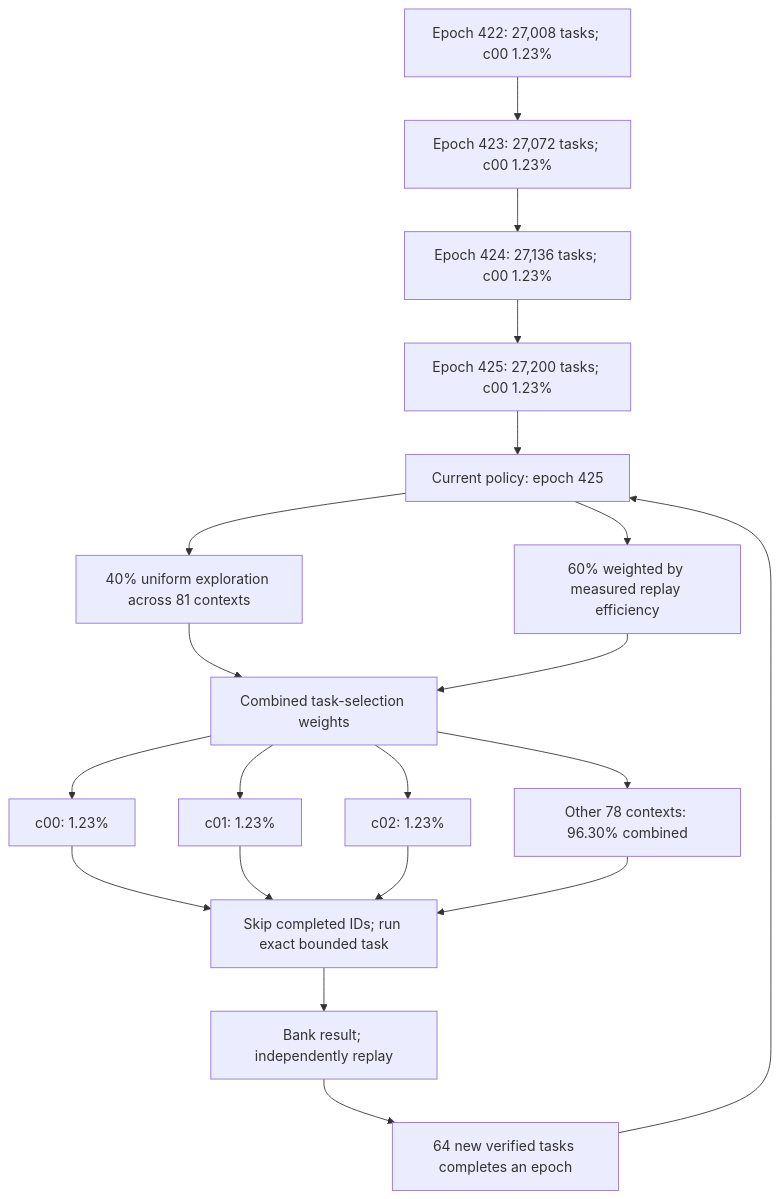
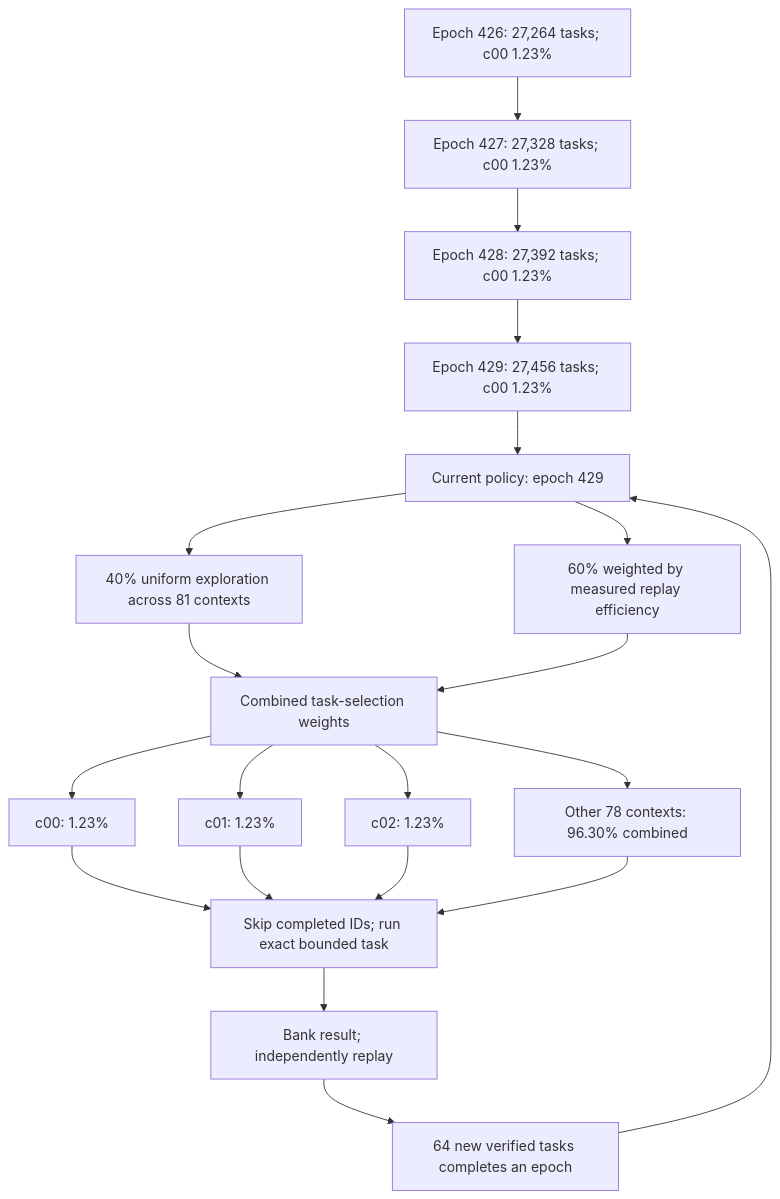
The first of 2 diagrams in README.md (Kuberwastaken/math-gambling), drawn with Mermaid before and after one commit. The commit also changed other lines of this file and 598 other files, not shown here.

````diff
--- a/README.md
+++ b/README.md
@@ -50,27 +50,27 @@
 ```mermaid
 flowchart TD
-    H0["Epoch 422: 27,008 tasks; c00 1.23%"]
-    H1["Epoch 423: 27,072 tasks; c00 1.23%"]
+    H0["Epoch 426: 27,264 tasks; c00 1.23%"]
+    H1["Epoch 427: 27,328 tasks; c00 1.23%"]
     H0 --> H1
-    H2["Epoch 424: 27,136 tasks; c00 1.23%"]
+    H2["Epoch 428: 27,392 tasks; c00 1.23%"]
     H1 --> H2
-    H3["Epoch 425: 27,200 tasks; c00 1.23%"]
+    H3["Epoch 429: 27,456 tasks; c00 1.23%"]
     H2 --> H3
-    Policy["Current policy: epoch 425"]
+    Policy["Current policy: epoch 429"]
     H3 --> Policy
     Policy --> Explore["40% uniform exploration across 81 contexts"]
     Policy --> Cost["60% weighted by measured replay efficiency"]
     Explore --> Mix["Combined task-selection weights"]
     Cost --> Mix
     Mix --> C0["c00: 1.23%"]
     Mix --> C1["c01: 1.23%"]
     Mix --> C2["c02: 1.23%"]
     Mix --> Rest["Other 78 contexts: 96.30% combined"]
     C0 --> Check["Skip completed IDs; run exact bounded task"]
     C1 --> Check
     C2 --> Check
     Rest --> Check
     Check --> Replay["Bank result; independently replay"]
     Replay --> Gate["64 new verified tasks completes an epoch"]
     Gate --> Policy
 ```
````
